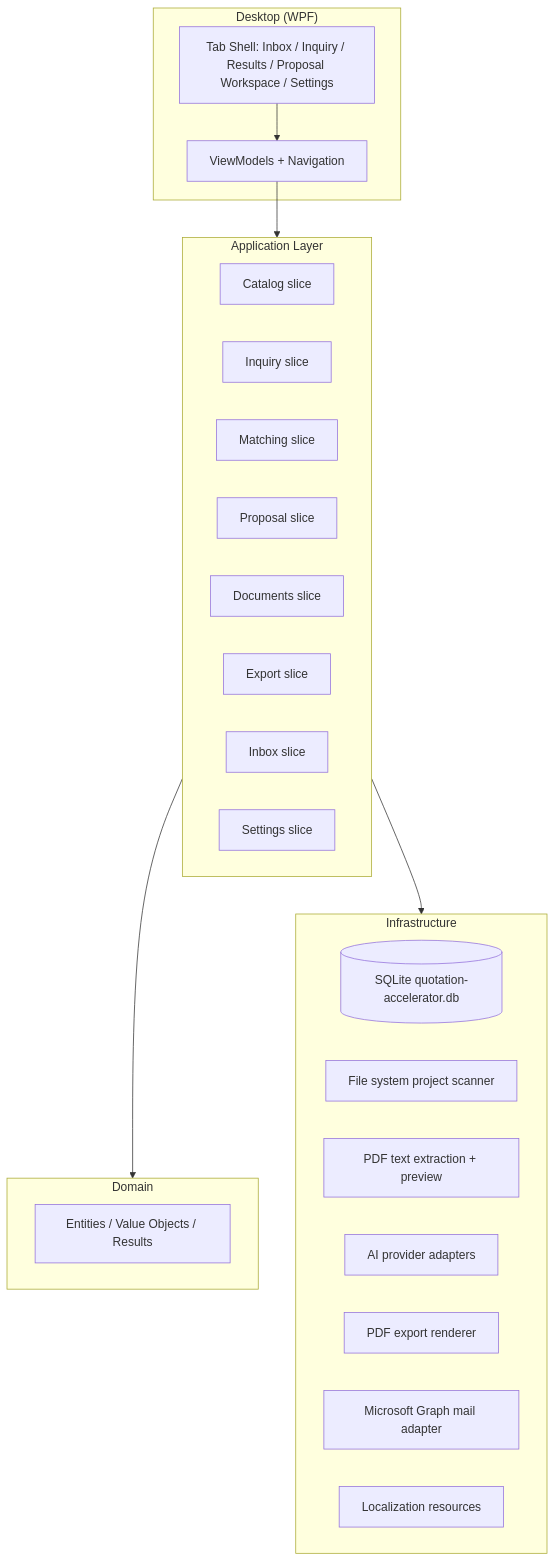
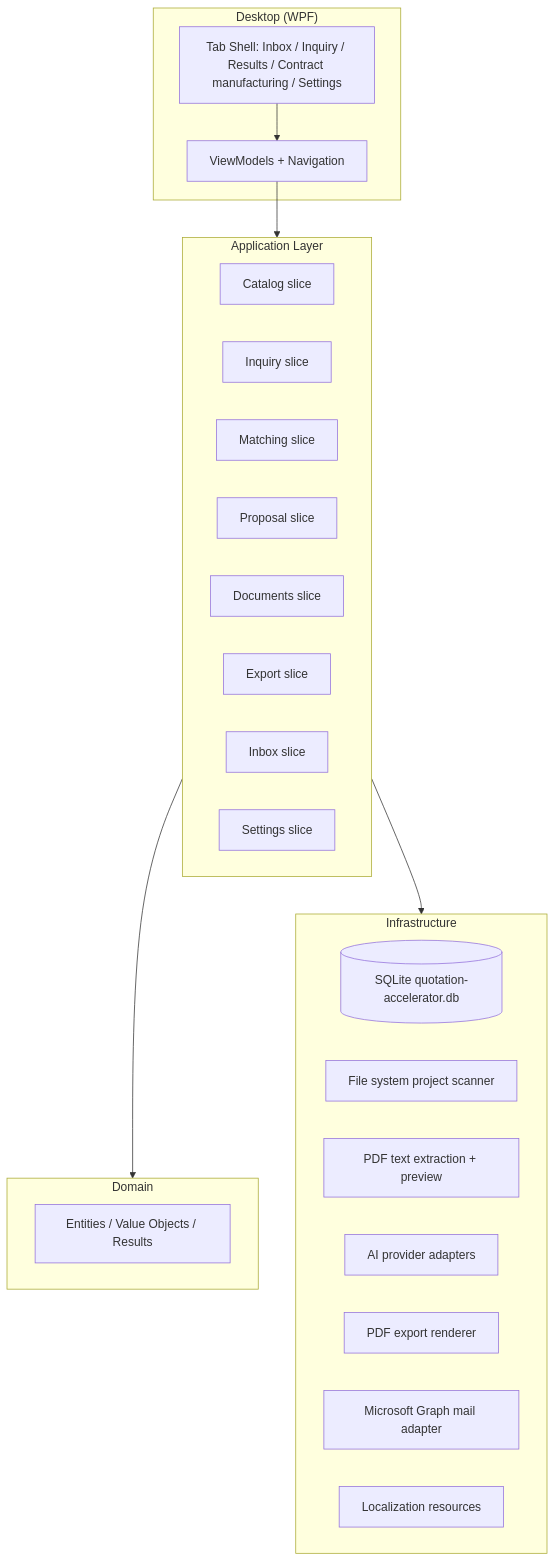
One commit to HeckelRobert/contract-manufacturing-assistant changed the second of 4 diagrams in docs/architecture.md. Above: the diagram before and after it, drawn with Mermaid. The commit also changed other lines of this file and 19 other files, not shown here.

````diff
--- a/docs/architecture.md
+++ b/docs/architecture.md
@@ -48,36 +48,36 @@
 ```mermaid
 flowchart TB
   subgraph Desktop["Desktop (WPF)"]
-    UI[Tab Shell: Inbox / Inquiry / Results / Proposal Workspace / Settings]
+    UI[Tab Shell: Inbox / Inquiry / Results / Contract manufacturing / Settings]
     VM[ViewModels + Navigation]
   end
 
   subgraph Application["Application Layer"]
     Catalog[Catalog slice]
     Inquiry[Inquiry slice]
     Matching[Matching slice]
     Proposal[Proposal slice]
     Documents[Documents slice]
     Export[Export slice]
     Inbox[Inbox slice]
     SettingsApp[Settings slice]
   end
 
   subgraph Domain["Domain"]
     Models[Entities / Value Objects / Results]
   end
 
   subgraph Infrastructure["Infrastructure"]
     Sqlite[(SQLite quotation-accelerator.db)]
     FileSys[File system project scanner]
     Pdf[PDF text extraction + preview]
     Ai[AI provider adapters]
     PdfExport[PDF export renderer]
     Mail[Microsoft Graph mail adapter]
     I18n[Localization resources]
   end
 
   UI --> VM --> Application
   Application --> Domain
   Application --> Infrastructure
 ```
````
